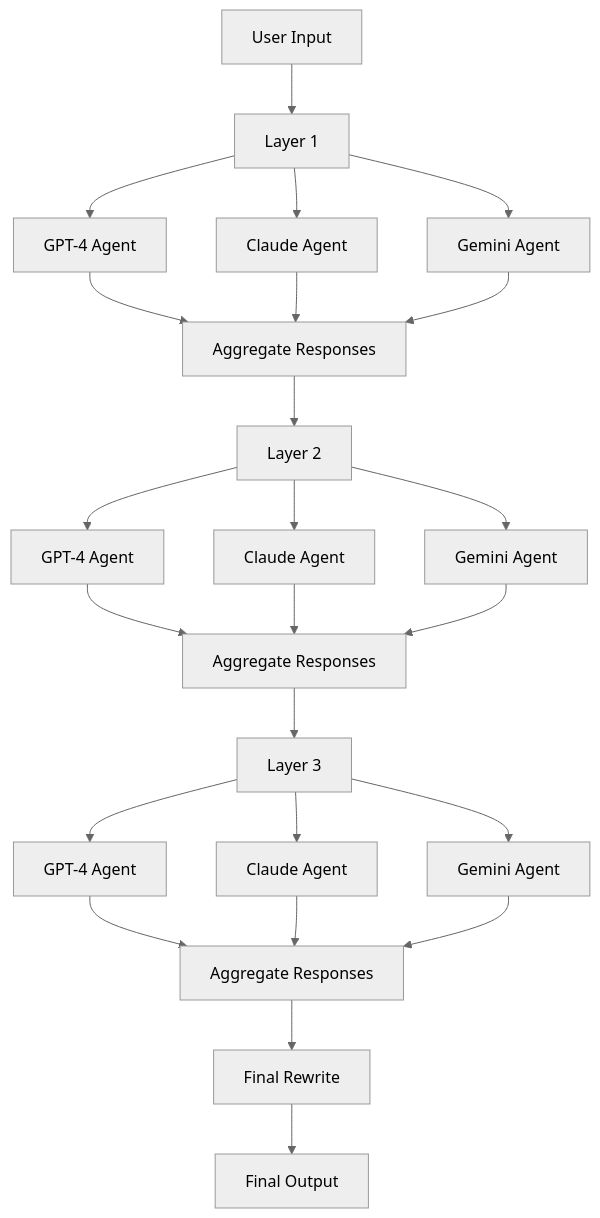
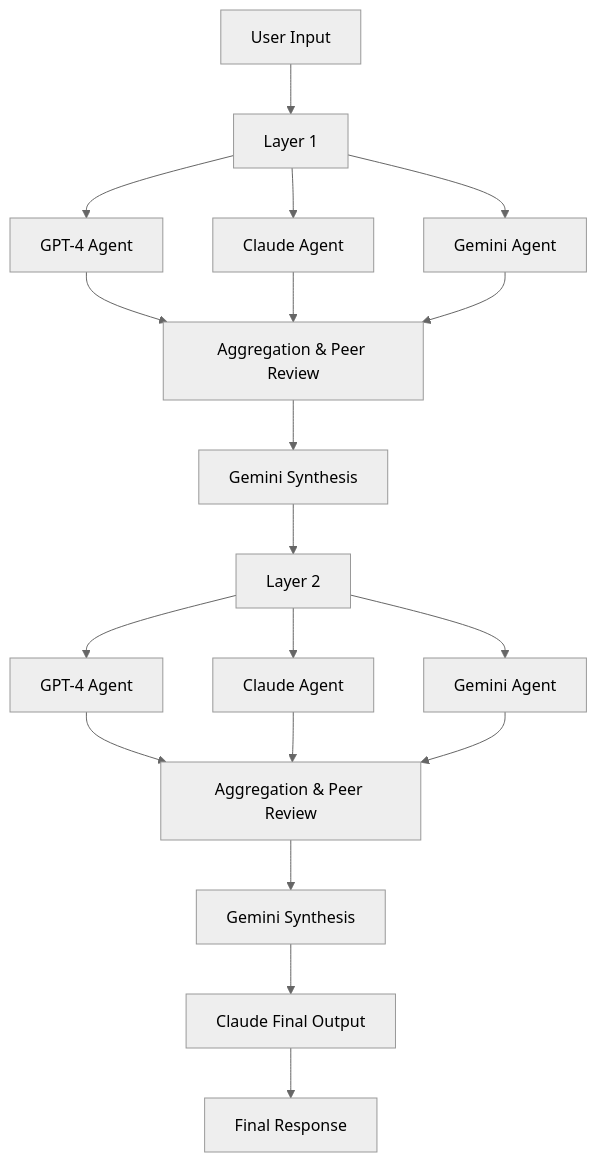
Before and after one commit to AI-MickyJ/Mixture-of-Agents: the diagram in README.md, drawn with Mermaid (neutral theme). The commit also changed other lines of this file and 1 other file, not shown here.

````diff
--- a/README.md
+++ b/README.md
@@ -22,26 +21,21 @@
 ```mermaid
 graph TD
     A[User Input] --> B[Layer 1]
     B --> C[GPT-4 Agent]
     B --> D[Claude Agent]
     B --> E[Gemini Agent]
-    C --> F[Aggregate Responses]
+    C --> F[Aggregation & Peer Review]
     D --> F
     E --> F
-    F --> G[Layer 2]
-    G --> H[GPT-4 Agent]
-    G --> I[Claude Agent]
-    G --> J[Gemini Agent]
-    H --> K[Aggregate Responses]
-    I --> K
-    J --> K
-    K --> L[Layer 3]
-    L --> M[GPT-4 Agent]
-    L --> N[Claude Agent]
-    L --> O[Gemini Agent]
-    M --> P[Aggregate Responses]
-    N --> P
-    O --> P
-    P --> Q[Final Rewrite]
-    Q --> R[Final Output]
+    F --> G[Gemini Synthesis]
+    G --> H[Layer 2]
+    H --> I[GPT-4 Agent]
+    H --> J[Claude Agent]
+    H --> K[Gemini Agent]
+    I --> L[Aggregation & Peer Review]
+    J --> L
+    K --> L
+    L --> M[Gemini Synthesis]
+    M --> N[Claude Final Output]
+    N --> O[Final Response]
 ```
````
